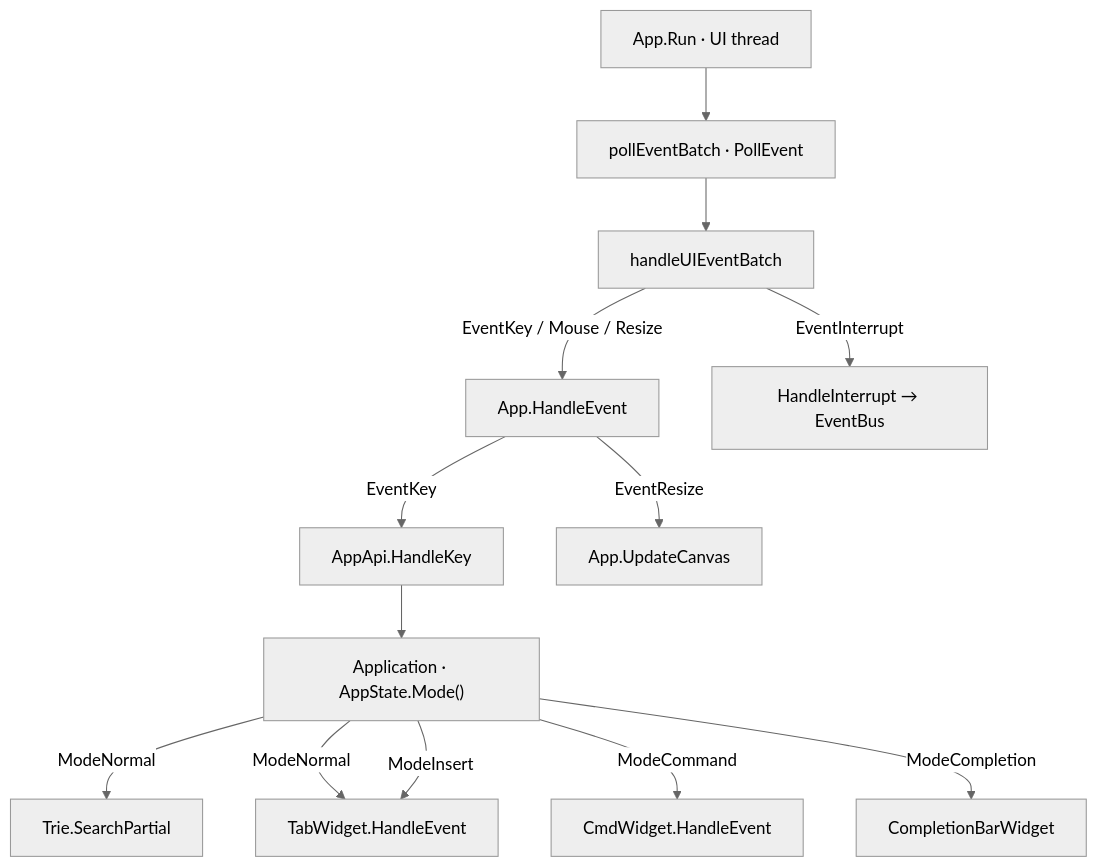
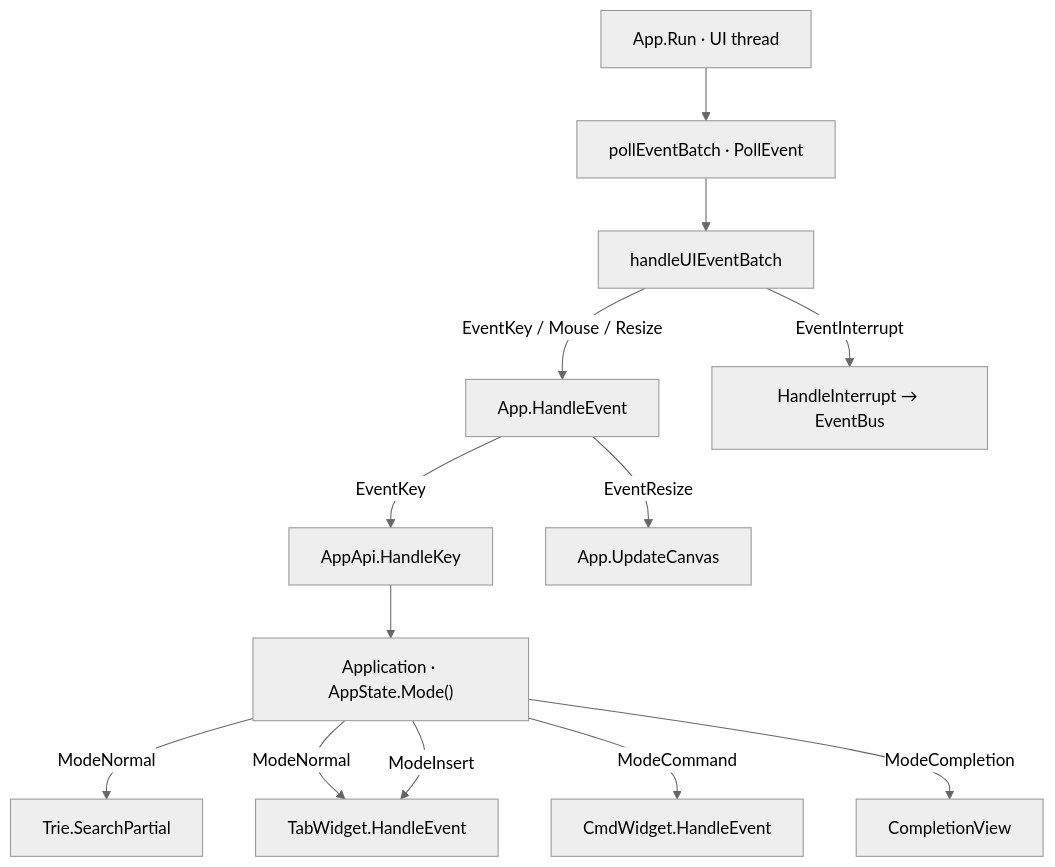
Before and after one commit to yairgd/termforge: the second of 4 diagrams in docs/INPUT.md, drawn with Mermaid (neutral theme). The commit also changed other lines of this file and 15 other files, not shown here.

````diff
--- a/docs/INPUT.md
+++ b/docs/INPUT.md
@@ -112,26 +112,26 @@
 ```mermaid
 flowchart TB
     Select["App.Run · UI thread"]
     Poll["pollEventBatch · PollEvent"]
     Batch["handleUIEventBatch"]
     TermHandler["App.HandleEvent"]
     HandleKey["AppApi.HandleKey"]
     Resize["App.UpdateCanvas"]
     HandleInt["HandleInterrupt → EventBus"]
     Router["Application · AppState.Mode()"]
     Trie["Trie.SearchPartial"]
     Tab["TabWidget.HandleEvent"]
     Cmd["CmdWidget.HandleEvent"]
-    Comp["CompletionBarWidget"]
+    Comp["CompletionView"]
 
     Select --> Poll --> Batch
     Batch -->|"EventKey / Mouse / Resize"| TermHandler
     Batch -->|"EventInterrupt"| HandleInt
     TermHandler -->|"EventKey"| HandleKey --> Router
     TermHandler -->|"EventResize"| Resize
     Router -->|"ModeNormal"| Trie
     Router -->|"ModeNormal"| Tab
     Router -->|"ModeInsert"| Tab
     Router -->|"ModeCommand"| Cmd
     Router -->|"ModeCompletion"| Comp
 ```
````
